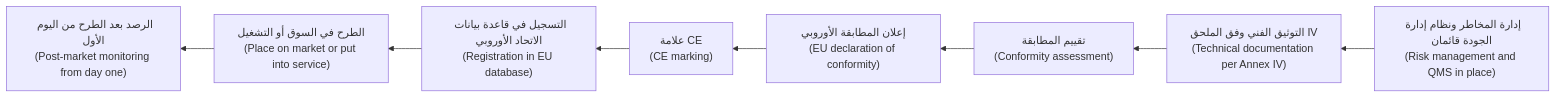
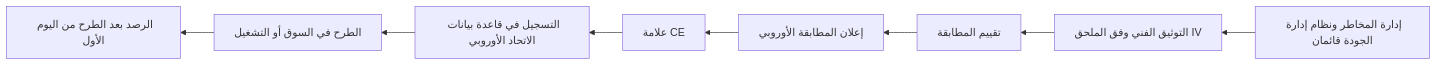
The first of 3 diagrams in aigp/modules/10-release-monitor.ar.md (Tamoura/system-design-for-vibe-coders), drawn with Mermaid before and after one commit. The commit also changed other lines of this file and 551 other files, not shown here.

````diff
--- a/aigp/modules/10-release-monitor.ar.md
+++ b/aigp/modules/10-release-monitor.ar.md
@@ -61,10 +61,10 @@
 ```mermaid
 flowchart RL
-  A["إدارة المخاطر ونظام إدارة الجودة قائمان<br/>(Risk management and QMS in place)"] --> B["التوثيق الفني وفق الملحق IV<br/>(Technical documentation per Annex IV)"]
-  B --> C["تقييم المطابقة<br/>(Conformity assessment)"]
-  C --> D["إعلان المطابقة الأوروبي<br/>(EU declaration of conformity)"]
-  D --> E["علامة CE<br/>(CE marking)"]
-  E --> F["التسجيل في قاعدة بيانات الاتحاد الأوروبي<br/>(Registration in EU database)"]
-  F --> G["الطرح في السوق أو التشغيل<br/>(Place on market or put into service)"]
-  G --> H["الرصد بعد الطرح من اليوم الأول<br/>(Post-market monitoring from day one)"]
+  A["إدارة المخاطر ونظام إدارة الجودة قائمان"] --> B["التوثيق الفني وفق الملحق IV"]
+  B --> C["تقييم المطابقة"]
+  C --> D["إعلان المطابقة الأوروبي"]
+  D --> E["علامة CE"]
+  E --> F["التسجيل في قاعدة بيانات الاتحاد الأوروبي"]
+  F --> G["الطرح في السوق أو التشغيل"]
+  G --> H["الرصد بعد الطرح من اليوم الأول"]
 ```
````
